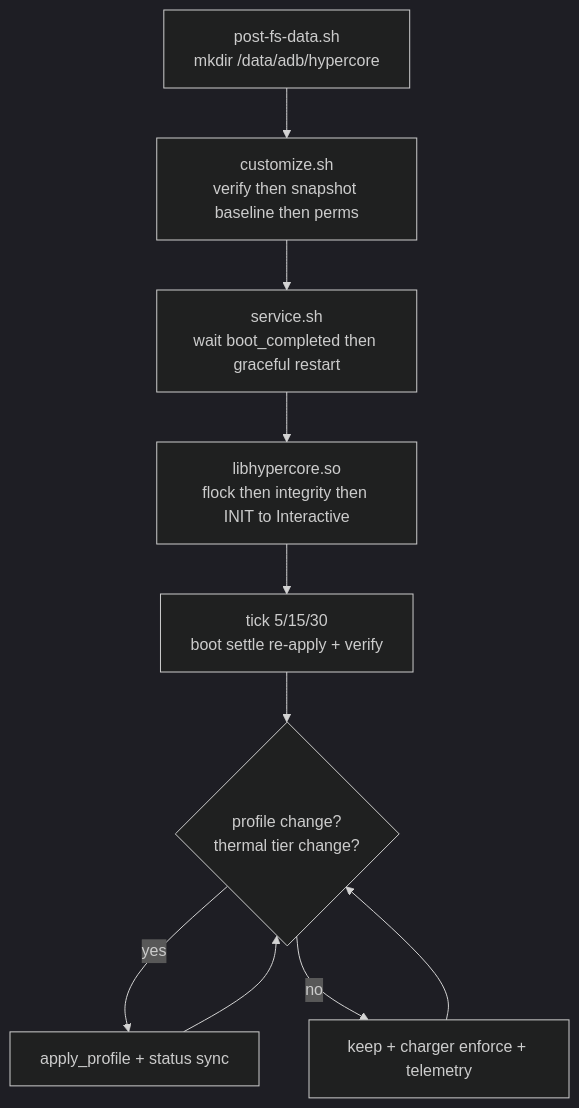
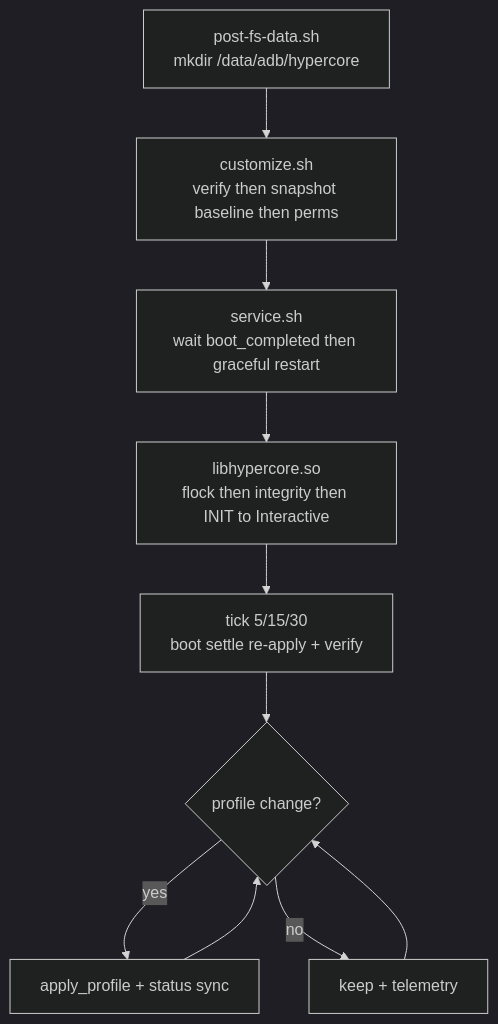
Before and after one commit to itswill00/hypercore: the second of 2 diagrams in README.md, drawn with Mermaid (dark theme). The commit also changed other lines of this file and 1 other file, not shown here.

````diff
--- a/README.md
+++ b/README.md
@@ -306,12 +257,12 @@
 ```mermaid
 flowchart TD
     P[post-fs-data.sh<br/>mkdir /data/adb/hypercore] --> C[customize.sh<br/>verify then snapshot baseline then perms]
     C --> S[service.sh<br/>wait boot_completed then graceful restart]
     S --> D[libhypercore.so<br/>flock then integrity then INIT to Interactive]
     D --> T5[tick 5/15/30<br/>boot settle re-apply + verify]
-    T5 --> L{profile change?<br/>thermal tier change?}
+    T5 --> L{profile change?}
     L -->|yes| A[apply_profile + status sync]
-    L -->|no| K[keep + charger enforce + telemetry]
+    L -->|no| K[keep + telemetry]
     A --> L
     K --> L
 ```
````
